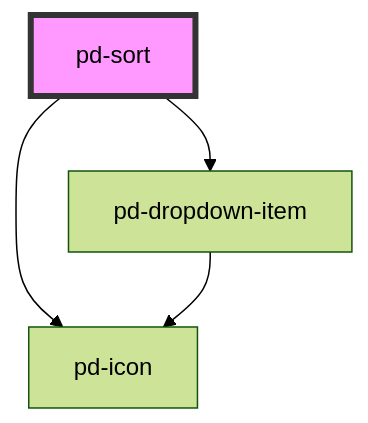
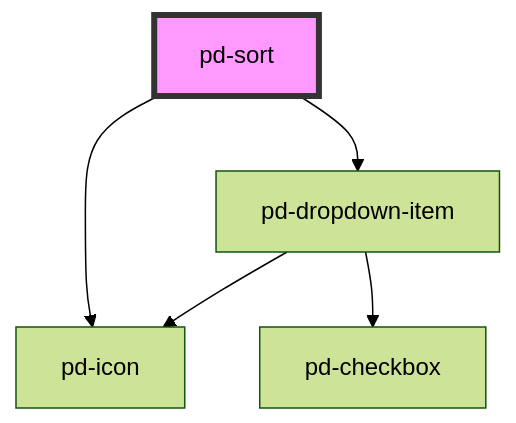
Before and after one commit to Lambda-IT/parlamentsdienste-components: the diagram in src/components/pd-sort/readme.md, drawn with Mermaid (forest theme). The commit also changed 10 other files, not shown here.

````diff
--- a/src/components/pd-sort/readme.md
+++ b/src/components/pd-sort/readme.md
@@ -108,7 +108,8 @@
 ```mermaid
 graph TD;
   pd-sort --> pd-icon
   pd-sort --> pd-dropdown-item
+  pd-dropdown-item --> pd-checkbox
   pd-dropdown-item --> pd-icon
   style pd-sort fill:#f9f,stroke:#333,stroke-width:4px
 ```
````
